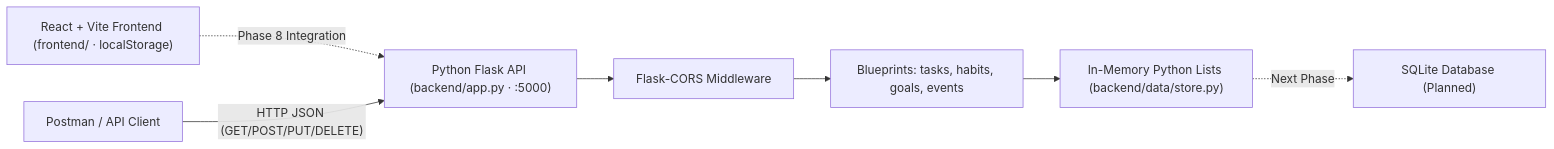
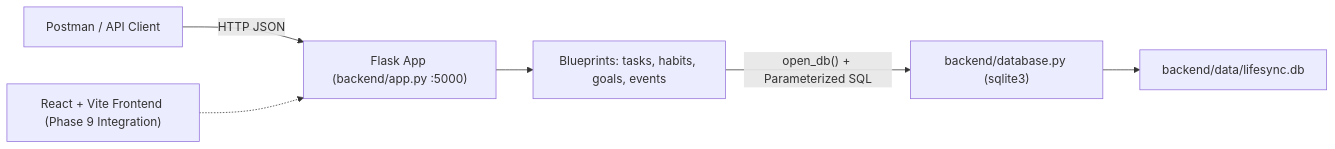
The second of 2 diagrams in personname.md (vedikamande/LifeSync), drawn with Mermaid before and after one commit. The commit also changed other lines of this file and 8 other files, not shown here.

Commit message:
Implement Phase 8 SQLite database integration and habit tracking APIs

````diff
--- a/personname.md
+++ b/personname.md
@@ -55,9 +107,8 @@
 ```mermaid
 flowchart LR
-    React["React + Vite Frontend (frontend/ · localStorage)"] -. "Phase 8 Integration" .-> Flask["Python Flask API (backend/app.py · :5000)"]
-    Postman["Postman / API Client"] -->|"HTTP JSON (GET/POST/PUT/DELETE)"| Flask
-    Flask --> CORS["Flask-CORS Middleware"]
-    CORS --> BP["Blueprints: tasks, habits, goals, events"]
-    BP --> Store["In-Memory Python Lists (backend/data/store.py)"]
-    Store -. "Next Phase" .-> SQLite["SQLite Database (Planned)"]
+    Client["Postman / API Client"] -->|"HTTP JSON"| Flask["Flask App (backend/app.py :5000)"]
+    React["React + Vite Frontend (Phase 9 Integration)"] -.-> Flask
+    Flask --> Routes["Blueprints: tasks, habits, goals, events"]
+    Routes -->|"open_db() + Parameterized SQL"| DBHelper["backend/database.py (sqlite3)"]
+    DBHelper --> SQLite["backend/data/lifesync.db"]
 ```
````
